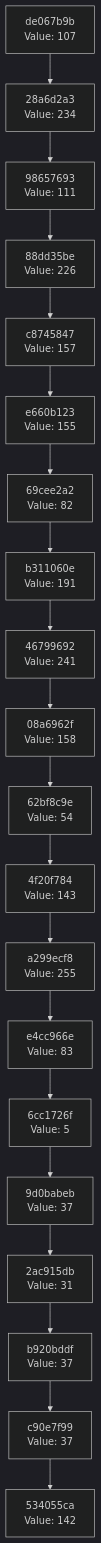
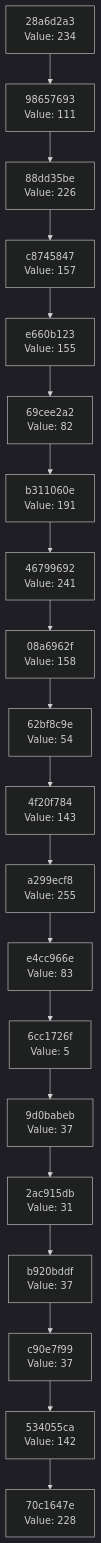
One commit to Abhisheksinha1506/hash-chain-evolver changed the diagram in docs/CHAIN_VISUALIZATION.md. Above: the diagram before and after it, drawn with Mermaid (dark theme). The commit also changed 2 other files, not shown here.

Commit message:
Evolution Step

````diff
--- a/docs/CHAIN_VISUALIZATION.md
+++ b/docs/CHAIN_VISUALIZATION.md
@@ -3,42 +3,42 @@
 ```mermaid
 graph TD
-    C0["534055ca<br/>Value: 142"]
-    C1["c90e7f99<br/>Value: 37"]
+    C0["70c1647e<br/>Value: 228"]
+    C1["534055ca<br/>Value: 142"]
     C1 --> C0
-    C2["b920bddf<br/>Value: 37"]
+    C2["c90e7f99<br/>Value: 37"]
     C2 --> C1
-    C3["2ac915db<br/>Value: 31"]
+    C3["b920bddf<br/>Value: 37"]
     C3 --> C2
-    C4["9d0babeb<br/>Value: 37"]
+    C4["2ac915db<br/>Value: 31"]
     C4 --> C3
-    C5["6cc1726f<br/>Value: 5"]
+    C5["9d0babeb<br/>Value: 37"]
     C5 --> C4
-    C6["e4cc966e<br/>Value: 83"]
+    C6["6cc1726f<br/>Value: 5"]
     C6 --> C5
-    C7["a299ecf8<br/>Value: 255"]
+    C7["e4cc966e<br/>Value: 83"]
     C7 --> C6
-    C8["4f20f784<br/>Value: 143"]
+    C8["a299ecf8<br/>Value: 255"]
     C8 --> C7
-    C9["62bf8c9e<br/>Value: 54"]
+    C9["4f20f784<br/>Value: 143"]
     C9 --> C8
-    C10["08a6962f<br/>Value: 158"]
+    C10["62bf8c9e<br/>Value: 54"]
     C10 --> C9
-    C11["46799692<br/>Value: 241"]
+    C11["08a6962f<br/>Value: 158"]
     C11 --> C10
-    C12["b311060e<br/>Value: 191"]
+    C12["46799692<br/>Value: 241"]
     C12 --> C11
-    C13["69cee2a2<br/>Value: 82"]
+    C13["b311060e<br/>Value: 191"]
     C13 --> C12
-    C14["e660b123<br/>Value: 155"]
+    C14["69cee2a2<br/>Value: 82"]
     C14 --> C13
-    C15["c8745847<br/>Value: 157"]
+    C15["e660b123<br/>Value: 155"]
     C15 --> C14
-    C16["88dd35be<br/>Value: 226"]
+    C16["c8745847<br/>Value: 157"]
     C16 --> C15
-    C17["98657693<br/>Value: 111"]
+    C17["88dd35be<br/>Value: 226"]
     C17 --> C16
-    C18["28a6d2a3<br/>Value: 234"]
+    C18["98657693<br/>Value: 111"]
     C18 --> C17
-    C19["de067b9b<br/>Value: 107"]
+    C19["28a6d2a3<br/>Value: 234"]
     C19 --> C18
 ```
````
